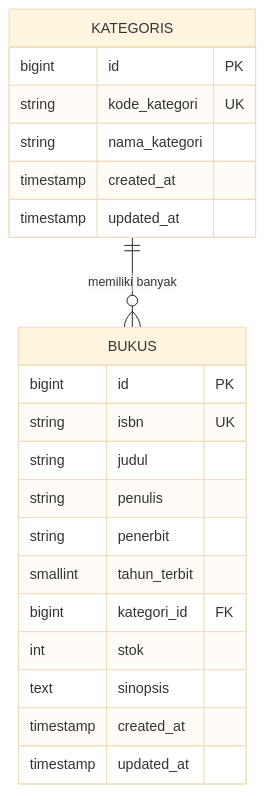
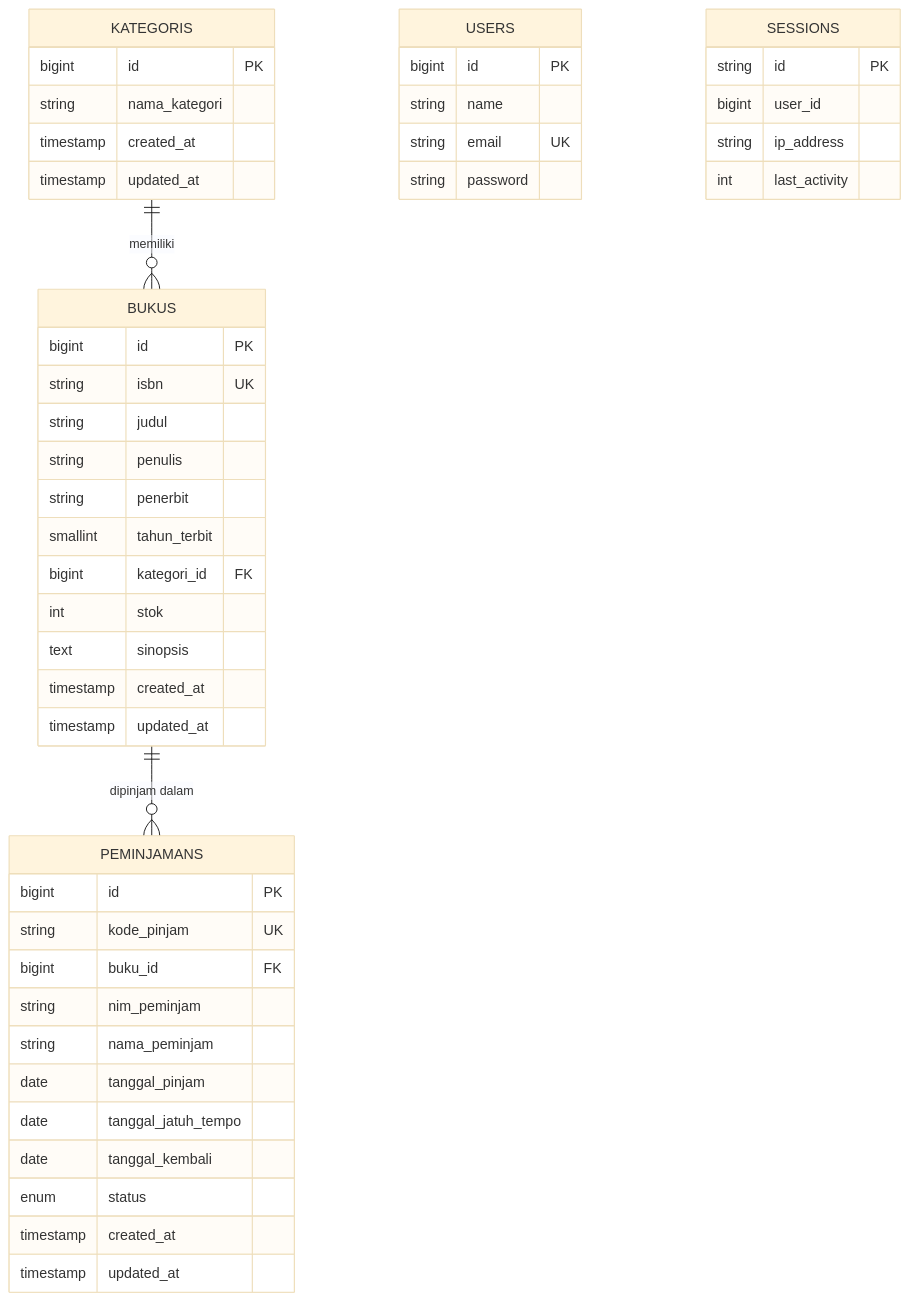
The diagram in README.md (Arthasiregar/ppw-2026-week5-12S24010), drawn with Mermaid (base theme) before and after one commit. The commit also changed other lines of this file and 32 other files, not shown here.

````diff
--- a/README.md
+++ b/README.md
@@ -148,24 +127,54 @@
 ```mermaid
 erDiagram
-    KATEGORIS ||--o{ BUKUS : "memiliki banyak"
+    KATEGORIS ||--o{ BUKUS : "memiliki"
+    BUKUS ||--o{ PEMINJAMANS : "dipinjam dalam"
+ 
     KATEGORIS {
         bigint id PK
-        string kode_kategori UK
         string nama_kategori
         timestamp created_at
         timestamp updated_at
     }
+ 
     BUKUS {
         bigint id PK
         string isbn UK
         string judul
         string penulis
         string penerbit
         smallint tahun_terbit
         bigint kategori_id FK
         int stok
         text sinopsis
         timestamp created_at
         timestamp updated_at
     }
+ 
+    PEMINJAMANS {
+        bigint id PK
+        string kode_pinjam UK
+        bigint buku_id FK
+        string nim_peminjam
+        string nama_peminjam
+        date tanggal_pinjam
+        date tanggal_jatuh_tempo
+        date tanggal_kembali
+        enum status
+        timestamp created_at
+        timestamp updated_at
+    }
+ 
+    USERS {
+        bigint id PK
+        string name
+        string email UK
+        string password
+    }
+ 
+    SESSIONS {
+        string id PK
+        bigint user_id
+        string ip_address
+        int last_activity
+    }
 ```
````
